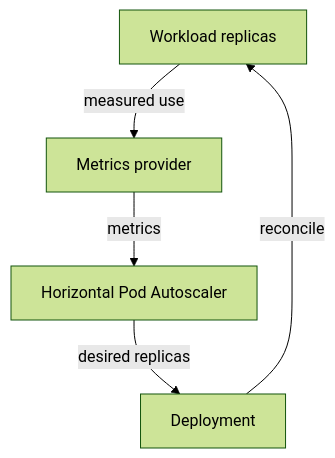
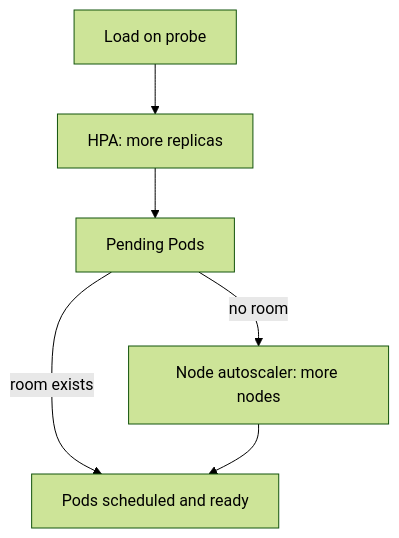
The diagram in sections/section-030/module-01/course-02-replica-autoscaling-and-availability.md (astrona-io/ATS024), drawn with Mermaid (forest theme) before and after one commit. The commit also changed other lines of this file and 600 other files, not shown here.

````diff
--- a/sections/section-030/module-01/course-02-replica-autoscaling-and-availability.md
+++ b/sections/section-030/module-01/course-02-replica-autoscaling-and-availability.md
@@ -26,7 +55,8 @@
 ```mermaid
 flowchart TB
-    W["Workload replicas"] -->|"measured use"| M["Metrics provider"]
-    M -->|"metrics"| H["Horizontal Pod Autoscaler"]
-    H -->|"desired replicas"| D["Deployment"]
-    D -->|"reconcile"| W
+    L["Load on probe"] --> H["HPA: more replicas"]
+    H --> P["Pending Pods"]
+    P -->|"no room"| N["Node autoscaler: more nodes"]
+    P -->|"room exists"| R["Pods scheduled and ready"]
+    N --> R
 ```
````
